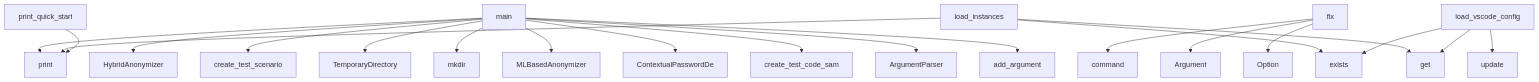
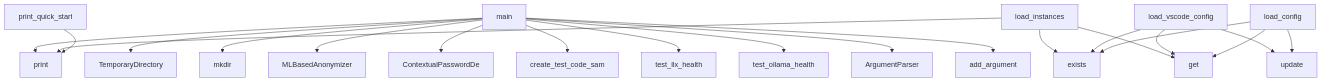
The diagram in project/context.md (semcod/llx), drawn with Mermaid before and after one commit. The commit also changed other lines of this file and 44 other files, not shown here.

````diff
--- a/project/context.md
+++ b/project/context.md
@@ -536,23 +533,23 @@
 ```mermaid
 graph TD
     main --> print
-    main --> HybridAnonymizer
-    main --> create_test_scenario
     main --> TemporaryDirectory
     main --> mkdir
     main --> MLBasedAnonymizer
-    fix --> command
-    fix --> Argument
-    fix --> Option
     main --> ContextualPasswordDe
     main --> create_test_code_sam
+    main --> test_llx_health
+    main --> test_ollama_health
     main --> ArgumentParser
     main --> add_argument
     load_instances --> exists
     load_instances --> get
     load_instances --> print
     print_quick_start --> print
     load_vscode_config --> exists
     load_vscode_config --> update
     load_vscode_config --> get
+    load_config --> exists
+    load_config --> update
+    load_config --> get
 ```
````
